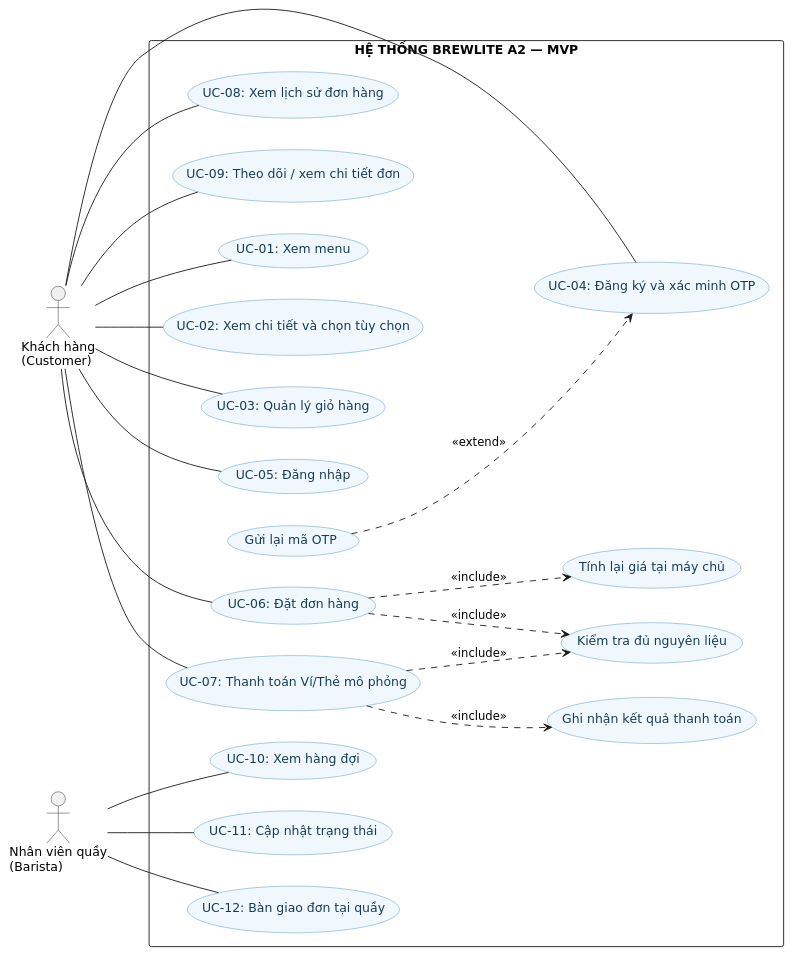
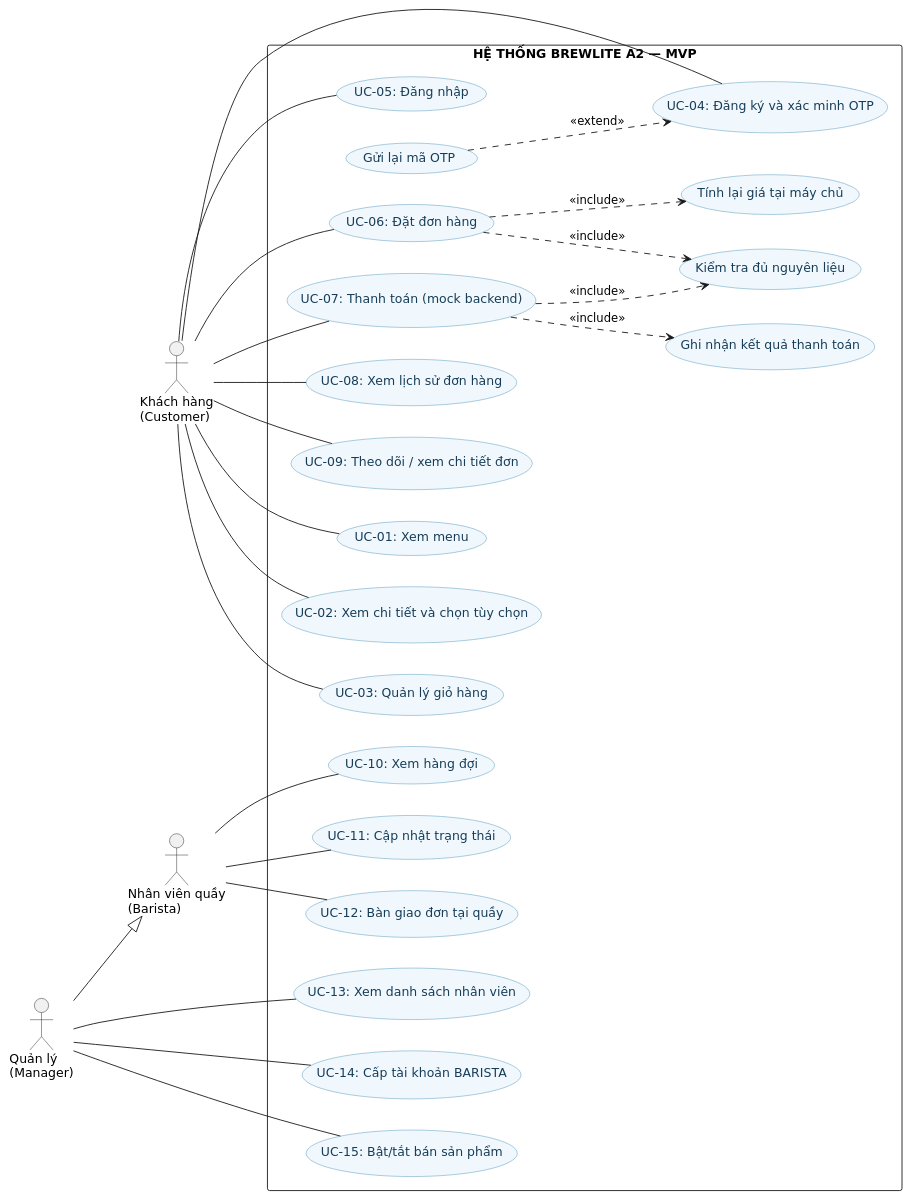
Before and after one commit to letan01012006/BrewliteA2: the diagram in docs/diagrams/use-case-overview.puml, drawn with PlantUML. The commit also changed 10 other files, not shown here.

Commit message:
docs: sync requirements diagrams and RBAC with Manager role

```diff
--- a/docs/diagrams/use-case-overview.puml
+++ b/docs/diagrams/use-case-overview.puml
@@ -1,52 +1,60 @@
 @startuml BrewLite_A2_Use_Case_Overview
 ' Sơ đồ tổng quát Task 1.2 - BrewLite A2
 ' Mô hình UML tương đương bản SVG/PNG; khi render lại, PlantUML tự bố trí lại vị trí.
 left to right direction
 skinparam shadowing false
 skinparam backgroundColor white
 skinparam defaultFontName "DejaVu Sans"
 skinparam actorStyle stickman
 skinparam packageStyle rectangle
 skinparam usecase {
  BackgroundColor #F0F8FE
  BorderColor #448DB3
  FontColor #173D57
 }
 actor "Khách hàng\n(Customer)" as Customer
 actor "Nhân viên quầy\n(Barista)" as Barista
+actor "Quản lý\n(Manager)" as Manager
 rectangle "HỆ THỐNG BREWLITE A2 — MVP" {
   usecase "UC-01: Xem menu" as UC01
   usecase "UC-02: Xem chi tiết và chọn tùy chọn" as UC02
   usecase "UC-03: Quản lý giỏ hàng" as UC03
   usecase "UC-04: Đăng ký và xác minh OTP" as UC04
   usecase "UC-05: Đăng nhập" as UC05
   usecase "UC-06: Đặt đơn hàng" as UC06
-  usecase "UC-07: Thanh toán Ví/Thẻ mô phỏng" as UC07
+  usecase "UC-07: Thanh toán (mock backend)" as UC07
   usecase "UC-08: Xem lịch sử đơn hàng" as UC08
   usecase "UC-09: Theo dõi / xem chi tiết đơn" as UC09
   usecase "UC-10: Xem hàng đợi" as UC10
   usecase "UC-11: Cập nhật trạng thái" as UC11
   usecase "UC-12: Bàn giao đơn tại quầy" as UC12
+  usecase "UC-13: Xem danh sách nhân viên" as UC13
+  usecase "UC-14: Cấp tài khoản BARISTA" as UC14
+  usecase "UC-15: Bật/tắt bán sản phẩm" as UC15
   usecase "Tính lại giá tại máy chủ" as PRICE
   usecase "Kiểm tra đủ nguyên liệu" as STOCK
   usecase "Ghi nhận kết quả thanh toán" as PAYMENT_RESULT
   usecase "Gửi lại mã OTP" as RESEND
 }
 Customer -- UC01
 Customer -- UC02
 Customer -- UC03
 Customer -- UC04
 Customer -- UC05
 Customer -- UC06
 Customer -- UC07
 Customer -- UC08
 Customer -- UC09
 Barista -- UC10
 Barista -- UC11
 Barista -- UC12
+Manager --|> Barista
+Manager -- UC13
+Manager -- UC14
+Manager -- UC15
 UC06 ..> PRICE : <<include>>
 UC06 ..> STOCK : <<include>>
 UC07 ..> STOCK : <<include>>
 UC07 ..> PAYMENT_RESULT : <<include>>
 RESEND ..> UC04 : <<extend>>
 @enduml
```
